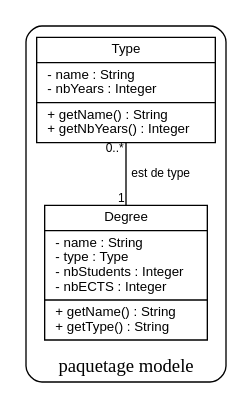
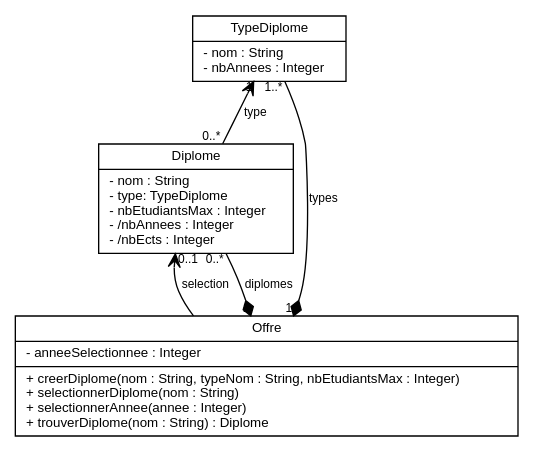
One commit to ZakariaeAmrani1/tp-conception-si-miage changed the diagram in docs/conception/classes_it1.dot. Above: the diagram before and after it, drawn with Graphviz. The commit also changed 2 other files, not shown here.

Commit message:
feat(docs): update class diagram and OCL specifications for Offre and Diplome

```diff
--- a/docs/conception/classes_it1.dot
+++ b/docs/conception/classes_it1.dot
@@ -1,43 +1,24 @@
-digraph offreDeFormation {
+// Diagramme de classes : itération 1 (US-01 à US-04)
+digraph classes_it1 {
   rankdir=BT;
   node [shape=record, fontname="Helvetica", fontsize=10];
   edge [fontname="Helvetica", fontsize=9];
 
-  Degree [label="{Degree|- name : String\l- type : Type\l- nbStudents : Integer\l- nbECTS : Integer\l|+ getName() : String\l+ getType() : String\l}"];
-  Type [label="{Type|- name : String\l- nbYears : Integer\l|+ getName() : String\l+ getNbYears() : Integer\l}"];
+  Offre [label="{Offre|- anneeSelectionnee : Integer\l|+ creerDiplome(nom : String, typeNom : String, nbEtudiantsMax : Integer)\l+ selectionnerDiplome(nom : String)\l+ selectionnerAnnee(annee : Integer)\l+ trouverDiplome(nom : String) : Diplome\l}"];
 
-  Degree -> Type [arrowhead=none, taillabel="1", headlabel="0..*", label="est de type"];
+  Diplome [label="{Diplome|- nom : String\l- type: TypeDiplome\l- nbEtudiantsMax : Integer\l- /nbAnnees : Integer\l- /nbEcts : Integer\l}"];
 
+  TypeDiplome [label="{TypeDiplome|- nom : String\l- nbAnnees : Integer\l}"];
 
+  // Composition : l'Offre possède ses diplômes (losange côté Offre)
+  Diplome -> Offre [arrowhead=diamond, taillabel="0..*", headlabel="1", label="diplomes"];
 
+  // Composition : l'Offre possède les types de diplôme
+  TypeDiplome -> Offre [arrowhead=diamond, taillabel="1..*", headlabel="1", label="types"];
 
+  // Association navigable : le diplôme sélectionné (aucun ou un)
+  Offre -> Diplome [arrowhead=vee, headlabel="0..1", label="selection"];
 
-
-
-
-
-
-
-
-
-//   // Une classe : {Nom | attributs | méthodes}   (\l = ligne alignée à gauche)
-//   Livre [label="{Livre|- titre : String\l- nbPages : Integer\l- statut : Statut\l|+ estLibre() : Boolean\l+ emprunter(m : Membre)\l}"];
-//   Roman [label="{Roman|- genre : String\l}"];
-//   Auteur [label="{Auteur|- nom : String\l}"];
-//   Membre [label="{Membre|- nom : String\l- maxLivres : Integer\l}"];
-//   Bibliotheque [label="{Bibliotheque|- nom : String\l|+ ajouterLivre(l : Livre)\l}"];
-
-//   // Énumération : stéréotype entre \<\< \>\>
-//   Statut [label="{\<\<enumeration\>\>\nStatut|LIBRE\lEMPRUNTE\l}"];
-
-//   Roman -> Livre [arrowhead=empty];                                  // héritage
-//   Livre -> Bibliotheque [arrowhead=diamond, taillabel="0..*"];       // composition
-//   Livre -> Auteur [arrowhead=none, taillabel="0..*", headlabel="1..*", label="écrit par"];
-//   Livre -> Membre [arrowhead=none, taillabel="0..*", headlabel="0..1", label="emprunté par"];
-//   Livre -> Statut [style=dashed, arrowhead=open];                    // dépendance
-
-  subgraph cluster_modele {                                          // paquetage
-    label="paquetage modele"; style=rounded;
-    Degree; Type;
-  }
+  // Association navigable : un diplôme a exactement un type
+  Diplome -> TypeDiplome [arrowhead=vee, taillabel="0..*", headlabel="1", label="type"];
 }
```
